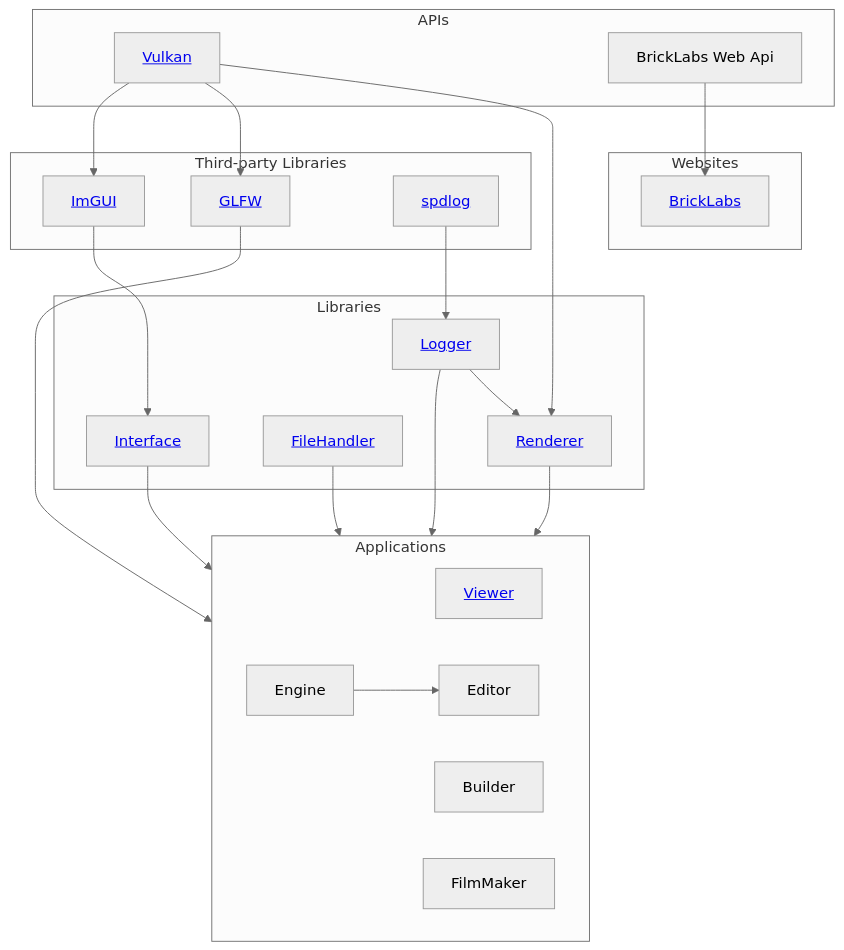
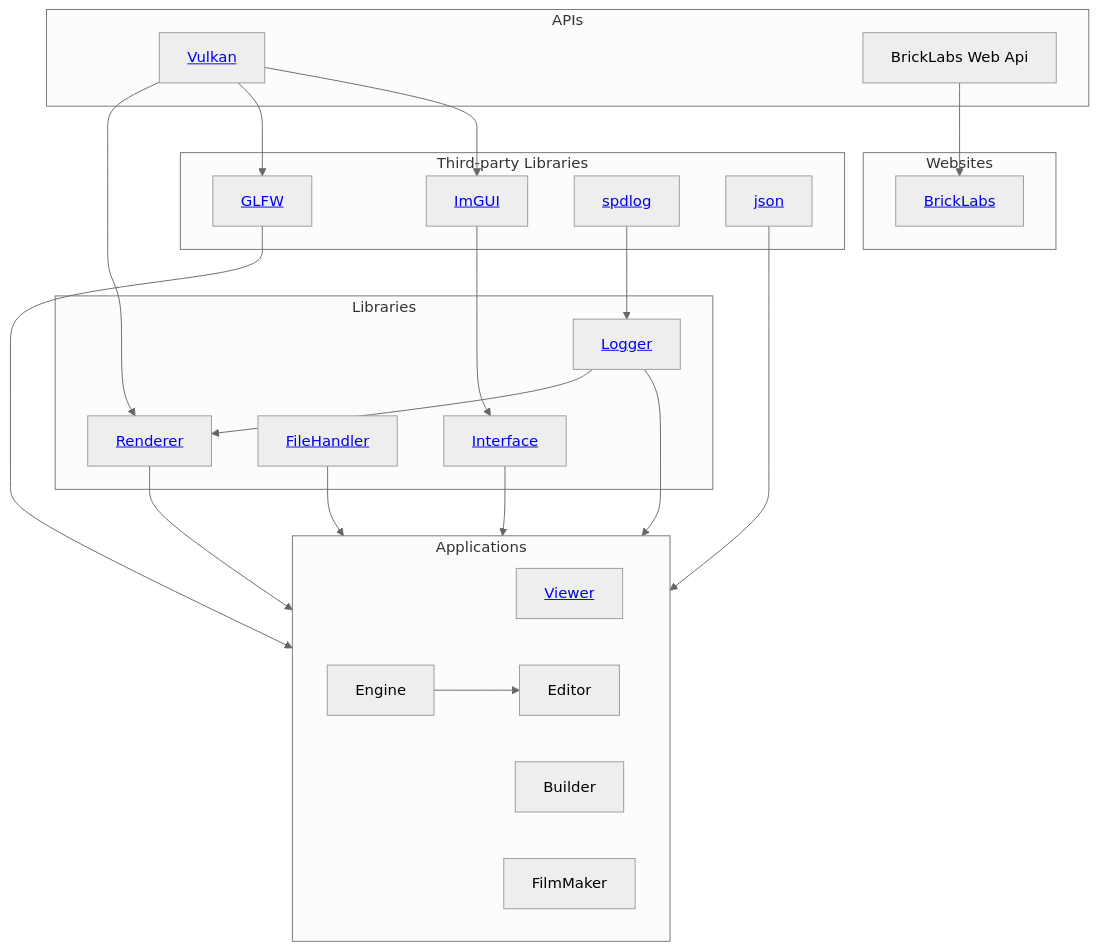
The diagram in profile/README.md (Brick-Labs/.github), drawn with Mermaid (neutral theme) before and after one commit.

Commit message:
Add json to graph

````diff
--- a/profile/README.md
+++ b/profile/README.md
@@ -6,56 +6,58 @@
 ```mermaid
 graph TD
     
     subgraph APIs
         Vulkan[<a href="https://vulkan.org">Vulkan</a>]
         BLAPI[<span>BrickLabs Web Api</span>]
     end
 
     subgraph Third-party Libraries
         GLFW[<a href="https://www.glfw.org">GLFW</a>]
         ImGUI[<a href="https://github.com/ocornut/imgui">ImGUI</a>]
         spdlog[<a href="https://github.com/gabime/spdlog">spdlog</a>]
+        json[<a href="https://github.com/nlohmann/json">json</a>]
     end
 
     subgraph Libraries
         Renderer[<a href="https://github.com/Brick-Labs/Renderer">Renderer</a>]
         FileHandler[<a href="https://github.com/Brick-Labs/FileHandler">FileHandler</a>]
         Logger[<a href="https://github.com/Brick-Labs/Logger">Logger</a>]
         BLGUI[<a href="https://github.com/Brick-Labs/Interface">Interface</a>]
     end
 
     subgraph Applications
         Viewer[<a href="https://github.com/Brick-Labs/Viewer">Viewer</a>]
         Builder
         Engine
         Editor
         FilmMaker
     end
 
     subgraph Websites
         BrickLabsWeb[<a href="https://github.com/Brick-Labs/Website">BrickLabs</a>]
     end
 
     %% APIs to Libraries
     Vulkan --> Renderer
     Vulkan --> GLFW
     Vulkan --> ImGUI
 
     %% APIs to Websites
     BLAPI --> BrickLabsWeb
 
     %% Libraries to Libraries
     ImGUI --> BLGUI
     spdlog --> Logger
     Logger --> Renderer
 
     %% Librararies to Applications
     Renderer --> Applications
     GLFW --> Applications
     BLGUI --> Applications 
     FileHandler --> Applications
-    Logger --> Applications 
+    Logger --> Applications
+    json --> Applications
 
     %% Applications to Applications
     Engine --> Editor
 ```
````
